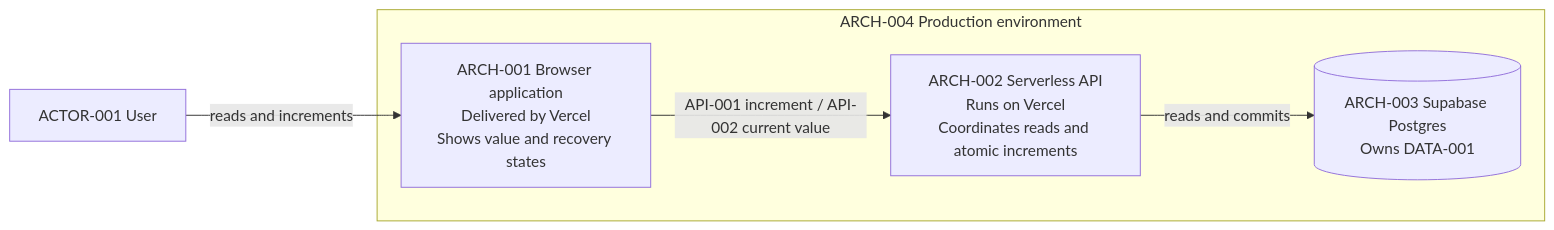
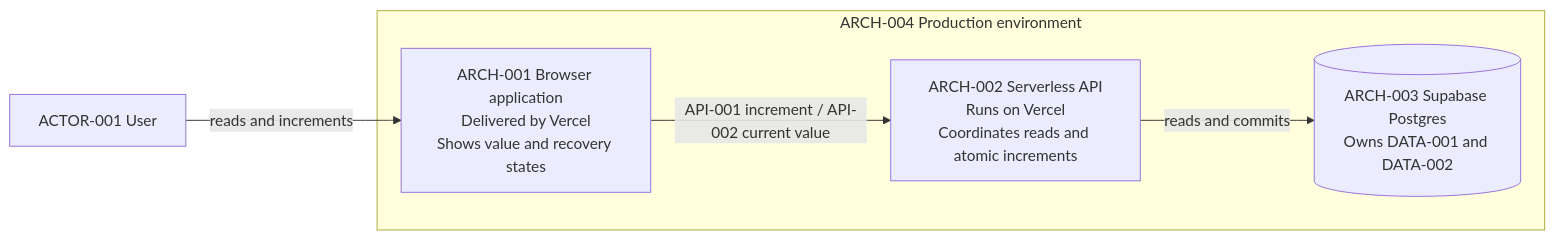
One commit to swabbie-dev/product-intent-package changed the diagram in skills/product-intent-manager/assets/example-product-intent-package/architecture/stack-context.md. Above: the diagram before and after it, drawn with Mermaid. The commit also changed other lines of this file and 14 other files, not shown here.

````diff
--- a/skills/product-intent-manager/assets/example-product-intent-package/architecture/stack-context.md
+++ b/skills/product-intent-manager/assets/example-product-intent-package/architecture/stack-context.md
@@ -5,11 +5,11 @@
 ```mermaid
 flowchart LR
   ACTOR_001["ACTOR-001 User"] -->|reads and increments| ARCH_001
   subgraph ARCH_004["ARCH-004 Production environment"]
     ARCH_001["ARCH-001 Browser application<br/>Delivered by Vercel<br/>Shows value and recovery states"]
     ARCH_002["ARCH-002 Serverless API<br/>Runs on Vercel<br/>Coordinates reads and atomic increments"]
-    ARCH_003[("ARCH-003 Supabase Postgres<br/>Owns DATA-001")]
+    ARCH_003[("ARCH-003 Supabase Postgres<br/>Owns DATA-001 and DATA-002")]
     ARCH_001 -->|API-001 increment / API-002 current value| ARCH_002
     ARCH_002 -->|reads and commits| ARCH_003
   end
 ```
````
